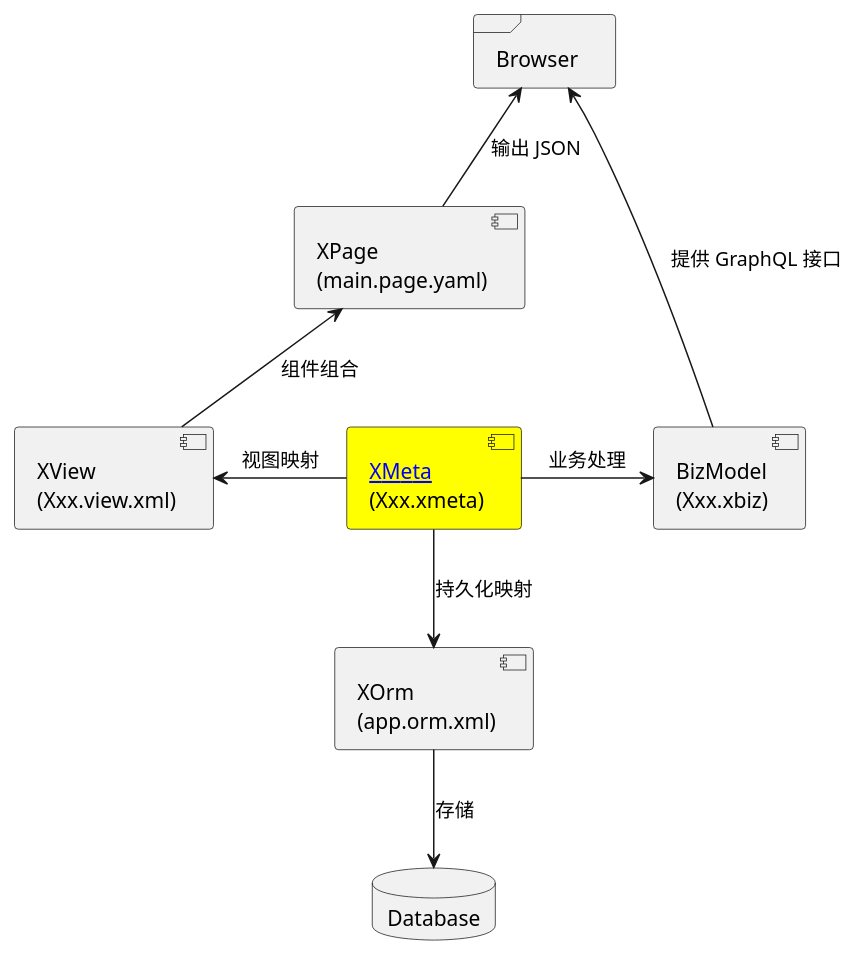
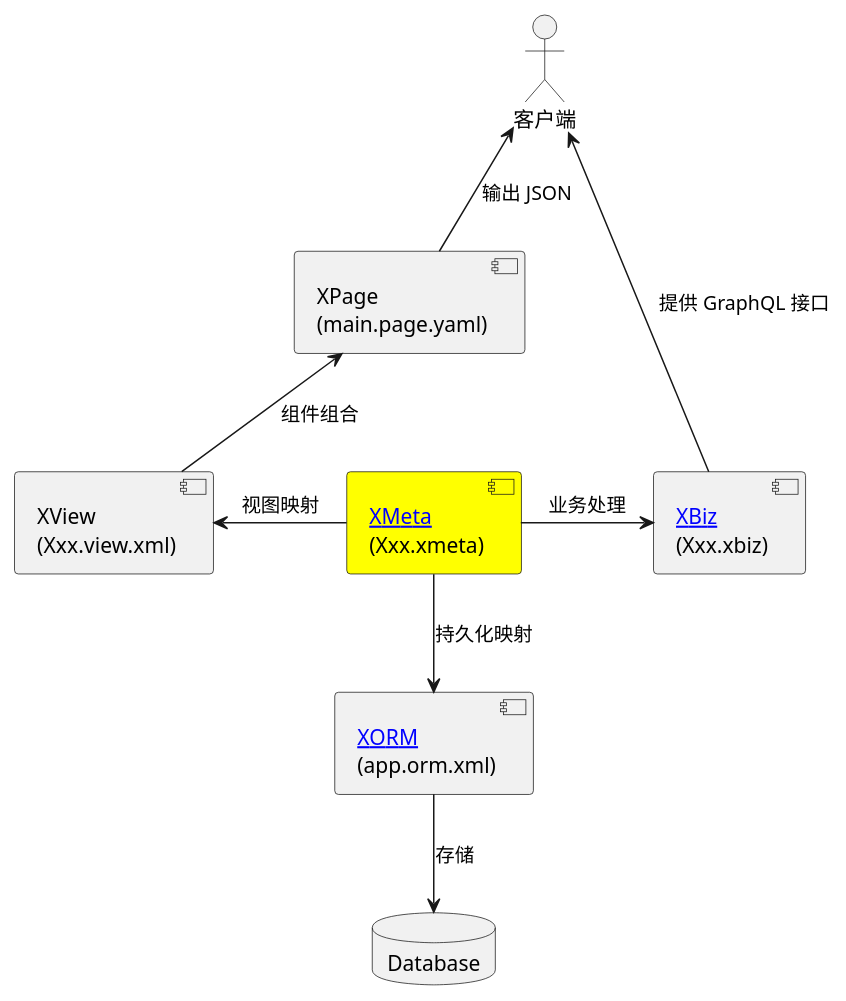
The first of 2 diagrams in docs/400.implement/300.design.md (crazydan-studio/nop.crazydan.io), drawn with PlantUML before and after one commit. The commit also changed other lines of this file and 1 other file, not shown here.

Commit message:
调整 Nop 中模型的名称

````diff
--- a/docs/400.implement/300.design.md
+++ b/docs/400.implement/300.design.md
@@ -16,21 +16,21 @@
 ```plantuml
-frame "Browser" as browser
+actor "客户端" as client
 database "Database" as db
 
 component "XPage\n(main.page.yaml)" as page
 component "XView\n(Xxx.view.xml)" as view
 component "[[/manual/xmeta XMeta]]\n(Xxx.xmeta)" as meta #yellow
-component "XOrm\n(app.orm.xml)" as orm
-component "BizModel\n(Xxx.xbiz)" as biz
+component "[[/manual/xorm XORM]]\n(app.orm.xml)" as orm
+component "[[/manual/xbiz XBiz]]\n(Xxx.xbiz)" as biz
 
-page -up-> browser: 输出 JSON
-biz -up-> browser: 提供 GraphQL 接口
+page -up-> client: 输出 JSON
+biz -up-> client: 提供 GraphQL 接口
 
 view -up-> page: 组件组合
 
 meta -left-> view: 视图映射
 meta -right-> biz: 业务处理
 meta -down-> orm: 持久化映射
 
 orm -down-> db: 存储
 ```
````
